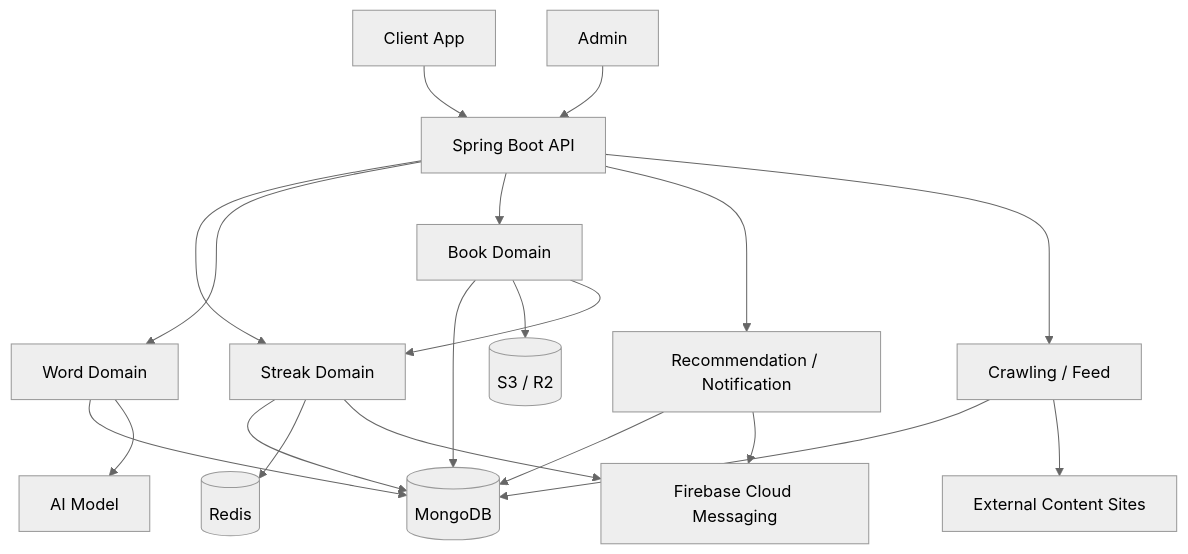
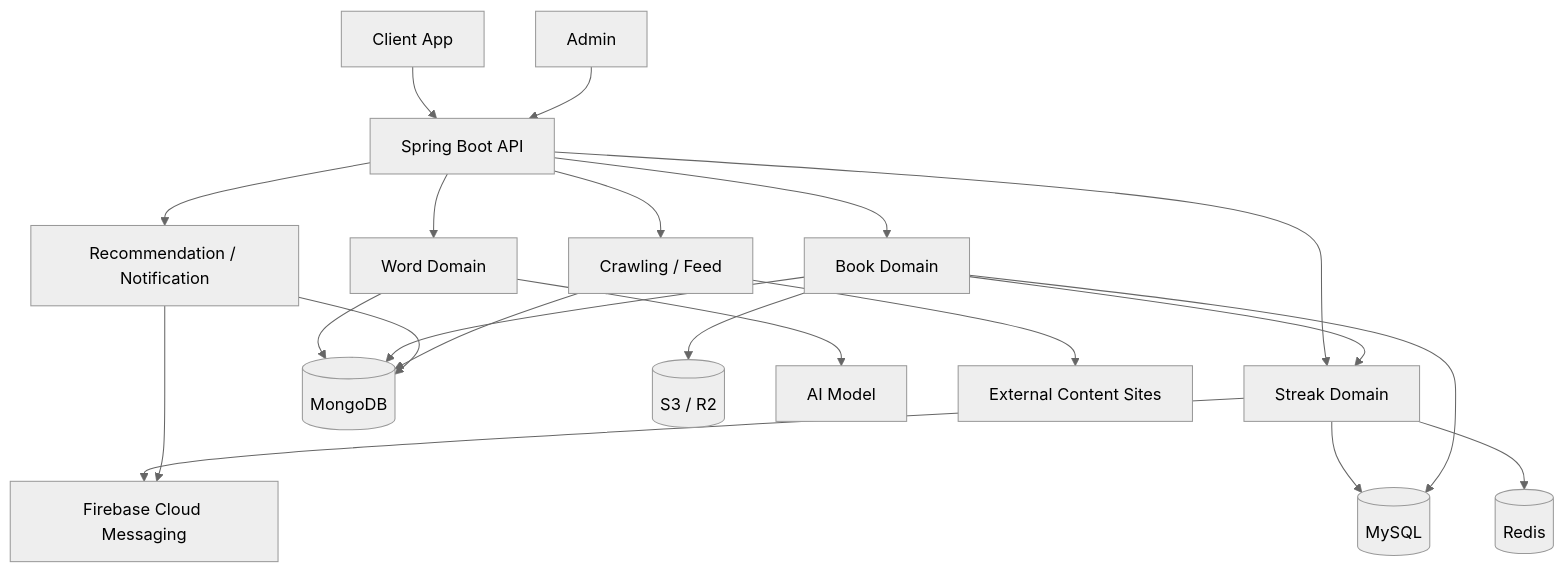
Before and after one commit to SWM16-ASAP/back-server: the diagram in docs/architecture/overview.md, drawn with Mermaid (neutral theme). The commit also changed other lines of this file and 202 other files, not shown here.

````diff
--- a/docs/architecture/overview.md
+++ b/docs/architecture/overview.md
@@ -35,45 +36,47 @@
 ```mermaid
 flowchart TD
     Client[Client App]
     Admin[Admin]
     Api[Spring Boot API]
 
     Streak[Streak Domain]
     Word[Word Domain]
     Book[Book Domain]
     Recommend[Recommendation / Notification]
     Crawl[Crawling / Feed]
 
     Mongo[(MongoDB)]
+    MySQL[(MySQL)]
     Redis[(Redis)]
     S3[(S3 / R2)]
     AI[AI Model]
     FCM[Firebase Cloud Messaging]
     External[External Content Sites]
 
     Client --> Api
     Admin --> Api
 
     Api --> Streak
     Api --> Word
     Api --> Book
     Api --> Recommend
     Api --> Crawl
 
-    Streak --> Mongo
+    Streak --> MySQL
     Streak --> Redis
     Streak --> FCM
 
     Word --> Mongo
     Word --> AI
 
     Book --> Mongo
+    Book --> MySQL
     Book --> S3
     Book --> Streak
 
     Recommend --> Mongo
     Recommend --> FCM
 
     Crawl --> Mongo
     Crawl --> External
 ```
````
